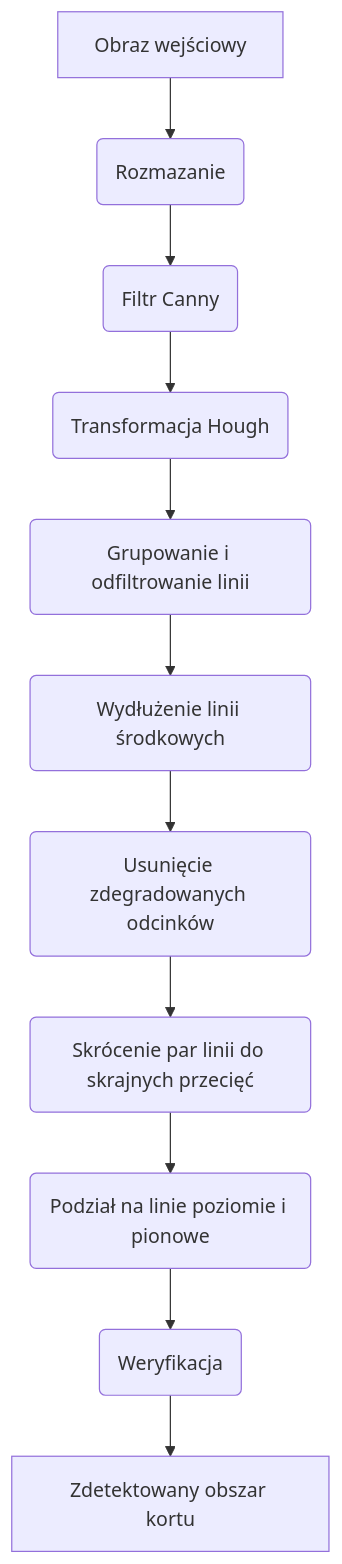
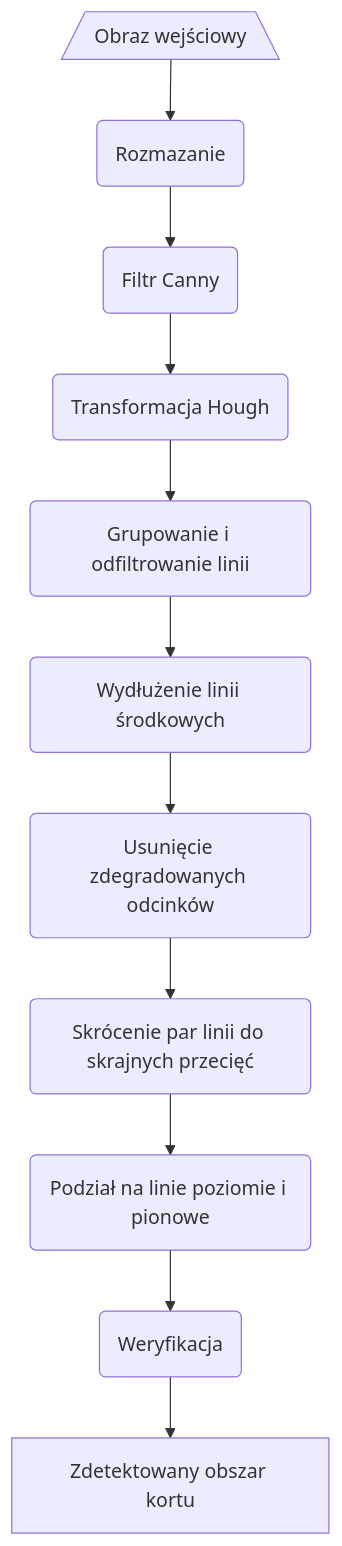
The diagram in thesis/chapters/problem/cpp.mmd (rzadp/badminton-monorepo), drawn with Mermaid before and after one commit. The commit also changed 6 other files, not shown here.

Commit message:
Update mermaid diagrams

```diff
--- a/thesis/chapters/problem/cpp.mmd
+++ b/thesis/chapters/problem/cpp.mmd
@@ -1,30 +1,30 @@
 graph TD
 
 %% ...::: NODES :::...
 
-input[Obraz wejściowy]
+input[/Obraz wejściowy\]
 blur(Rozmazanie)
 edges(Filtr Canny)
 hough(Transformacja Hough)
 group(Grupowanie i odfiltrowanie linii)
 line_extend(Wydłużenie linii środkowych)
 remove_degraded(Usunięcie zdegradowanych odcinków)
 shorten(Skrócenie par linii do skrajnych przecięć)
 podzial(Podział na linie poziomie i pionowe)
 verif(Weryfikacja)
 court[Zdetektowany obszar kortu]
 
 %% ...::: STYLING :::...
 
 %% ...::: FLOWS :::...
 
 input-->blur
 blur-->edges
 edges-->hough
 hough-->group
 group-->line_extend
 line_extend-->remove_degraded
 remove_degraded-->shorten
 shorten-->podzial
 podzial-->verif
 verif-->court
```
